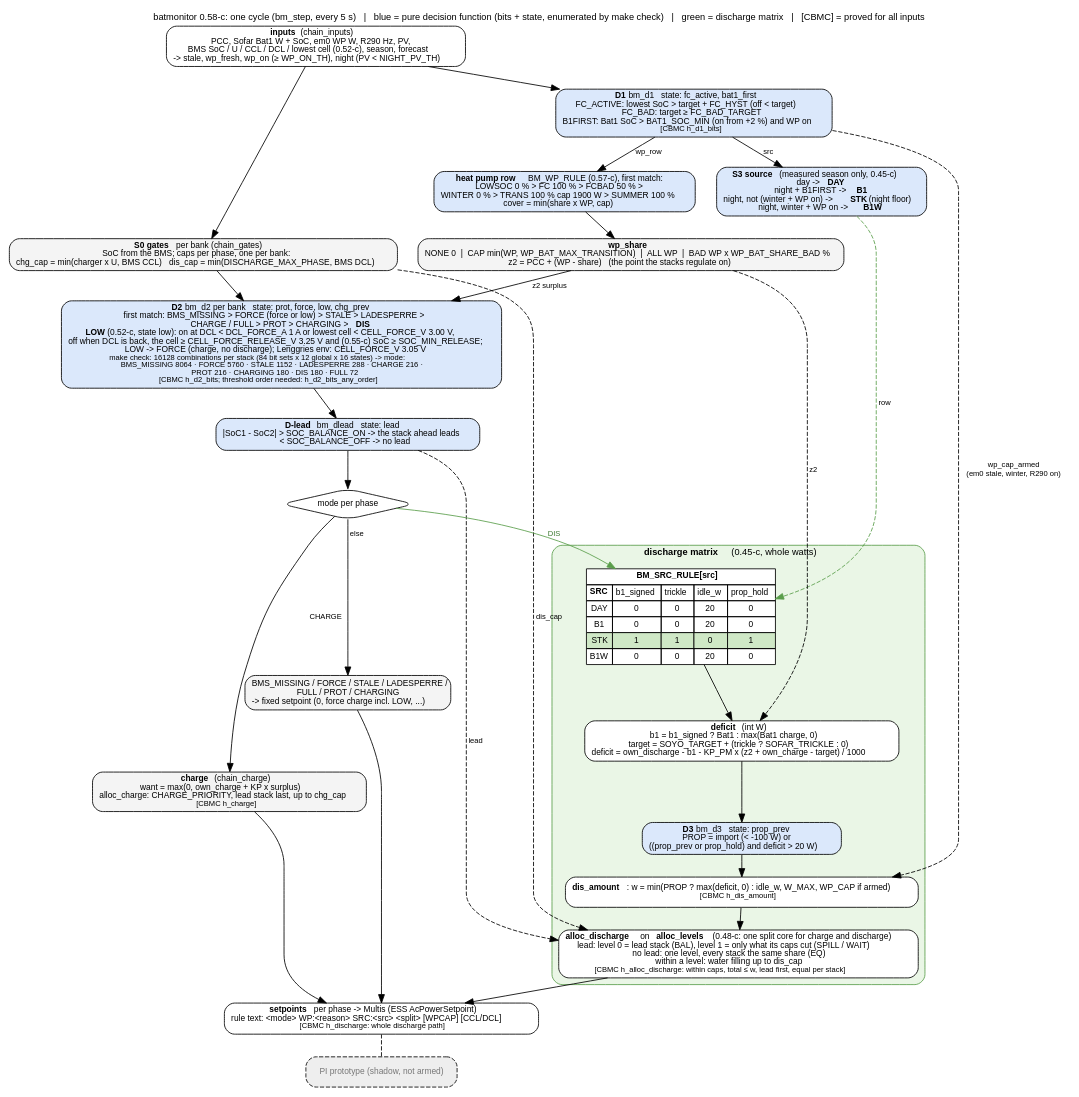
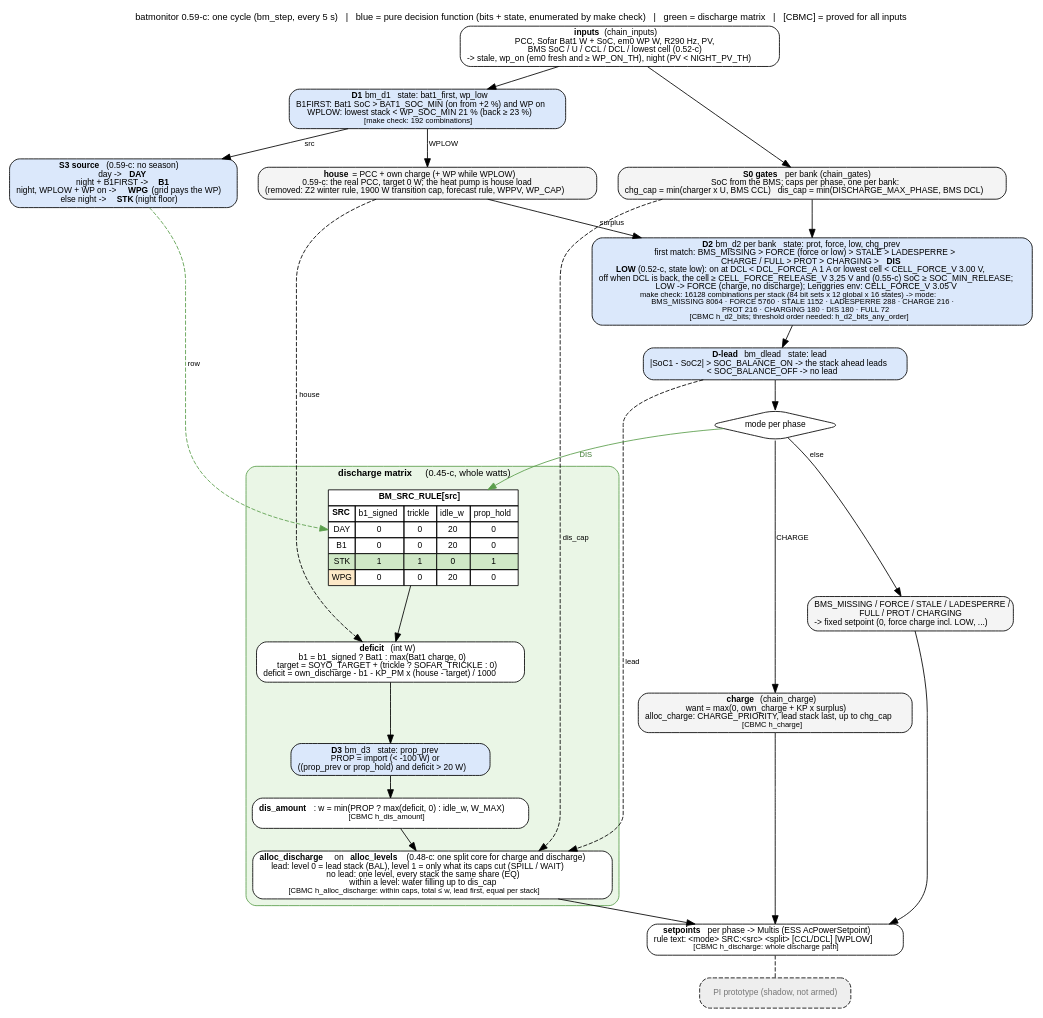
One commit to gerontec/victron changed the diagram in docs/discharge_flow.dot. Above: the diagram before and after it, drawn with Graphviz. The commit also changed 23 other files, not shown here.

First line of the commit message:
batmonitor 0.59-c: PCC near 0 in every season - removed the Z2 winter rule, the transition cap, the forecast rule with its bad-forecast cap, WPPV, WP_CAP and B1W; kept WP_SOC_MIN (21 %) as a discharge-only rule (WPLOW, SRC WPG at night)

```diff
--- a/docs/discharge_flow.dot
+++ b/docs/discharge_flow.dot
@@ -1,75 +1,71 @@
 // batmonitor 0.45-c: decision flow of one cycle (bm_step), the discharge matrix highlighted.
 // render: dot -Tpdf discharge_flow.dot -o discharge_flow.pdf   (or -Tpng)
 digraph batmonitor {
 	graph [rankdir=TB, fontname="Helvetica", fontsize=11, nodesep=0.35, ranksep=0.35, newrank=true,
-		   label="batmonitor 0.58-c: one cycle (bm_step, every 5 s)   |   blue = pure decision function (bits + state, enumerated by make check)   |   green = discharge matrix   |   [CBMC] = proved for all inputs",
+		   label="batmonitor 0.59-c: one cycle (bm_step, every 5 s)   |   blue = pure decision function (bits + state, enumerated by make check)   |   green = discharge matrix   |   [CBMC] = proved for all inputs",
 		   labelloc=t];
 	node [shape=box, style="rounded,filled", fillcolor="#f4f4f4", fontname="Helvetica", fontsize=10];
 	edge [fontname="Helvetica", fontsize=9];
 
-	in [label=<<b>inputs</b> (chain_inputs)<br/>PCC, Sofar Bat1 W + SoC, em0 WP W, R290 Hz, PV,<br/>BMS SoC / U / CCL / DCL / lowest cell (0.52-c), season, forecast<br/>-&gt; stale, wp_fresh, wp_on (&ge; WP_ON_TH), night (PV &lt; NIGHT_PV_TH)>, fillcolor="#ffffff"];
+	in [label=<<b>inputs</b> (chain_inputs)<br/>PCC, Sofar Bat1 W + SoC, em0 WP W, R290 Hz, PV,<br/>BMS SoC / U / CCL / DCL / lowest cell (0.52-c)<br/>-&gt; stale, wp_on (em0 fresh and &ge; WP_ON_TH), night (PV &lt; NIGHT_PV_TH)>, fillcolor="#ffffff"];
 
-	d1 [label=<<b>D1</b> bm_d1   state: fc_active, bat1_first<br/>FC_ACTIVE: lowest SoC &gt; target + FC_HYST (off &lt; target)<br/>FC_BAD: target &ge; FC_BAD_TARGET<br/>B1FIRST: Bat1 SoC &gt; BAT1_SOC_MIN (on from +2 %) and WP on<br/><font point-size="9">[CBMC h_d1_bits]</font>>, fillcolor="#dbe8fb"];
+	d1 [label=<<b>D1</b> bm_d1   state: bat1_first, wp_low<br/>B1FIRST: Bat1 SoC &gt; BAT1_SOC_MIN (on from +2 %) and WP on<br/>WPLOW: lowest stack &lt; WP_SOC_MIN 21 % (back &ge; 23 %)<br/><font point-size="9">[make check: 192 combinations]</font>>, fillcolor="#dbe8fb"];
 
-	src [label=<<b>S3 source</b> (measured season only, 0.45-c)<br/>day -&gt; <b>DAY</b><br/>night + B1FIRST -&gt; <b>B1</b><br/>night, not (winter + WP on) -&gt; <b>STK</b> (night floor)<br/>night, winter + WP on -&gt; <b>B1W</b>>, fillcolor="#dbe8fb"];
+	src [label=<<b>S3 source</b> (0.59-c: no season)<br/>day -&gt; <b>DAY</b><br/>night + B1FIRST -&gt; <b>B1</b><br/>night, WPLOW + WP on -&gt; <b>WPG</b> (grid pays the WP)<br/>else night -&gt; <b>STK</b> (night floor)>, fillcolor="#dbe8fb"];
 
-	wpk [label=<<b>heat pump row</b> BM_WP_RULE (0.57-c), first match:<br/>LOWSOC 0 % &gt; FC 100 % &gt; FCBAD 50 % &gt;<br/>WINTER 0 % &gt; TRANS 100 % cap 1900 W &gt; SUMMER 100 %<br/>cover = min(share x WP, cap)>, fillcolor="#dbe8fb"];
-
-	share [label=<<b>wp_share</b><br/>NONE 0  |  CAP min(WP, WP_BAT_MAX_TRANSITION)  |  ALL WP  |  BAD WP x WP_BAT_SHARE_BAD %<br/>z2 = PCC + (WP - share)   (the point the stacks regulate on)>];
+	share [label=<<b>house</b> = PCC + own charge (+ WP while WPLOW)<br/>0.59-c: the real PCC, target 0 W; the heat pump is house load<br/>(removed: Z2 winter rule, 1900 W transition cap, forecast rule, WPPV, WP_CAP)>];
 
 	gates [label=<<b>S0 gates</b> per bank (chain_gates)<br/>SoC from the BMS; caps per phase, one per bank:<br/>chg_cap = min(charger x U, BMS CCL)   dis_cap = min(DISCHARGE_MAX_PHASE, BMS DCL)>];
 
 	d2 [label=<<b>D2</b> bm_d2 per bank   state: prot, force, low, chg_prev<br/>first match: BMS_MISSING &gt; FORCE (force or low) &gt; STALE &gt; LADESPERRE &gt;<br/>CHARGE / FULL &gt; PROT &gt; CHARGING &gt; <b>DIS</b><br/><b>LOW</b> (0.52-c, state low): on at DCL &lt; DCL_FORCE_A 1 A or lowest cell &lt; CELL_FORCE_V 3.00 V,<br/>off when DCL is back, the cell &ge; CELL_FORCE_RELEASE_V 3.25 V and (0.55-c) SoC &ge; SOC_MIN_RELEASE;<br/>LOW -&gt; FORCE (charge, no discharge); Lenggries env: CELL_FORCE_V 3.05 V<br/><font point-size="9">make check: 16128 combinations per stack (84 bit sets x 12 global x 16 states) -&gt; mode:<br/>BMS_MISSING 8064 · FORCE 5760 · STALE 1152 · LADESPERRE 288 · CHARGE 216 ·<br/>PROT 216 · CHARGING 180 · DIS 180 · FULL 72</font><br/><font point-size="9">[CBMC h_d2_bits; threshold order needed: h_d2_bits_any_order]</font>>, fillcolor="#dbe8fb"];
 
 	lead [label=<<b>D-lead</b> bm_dlead   state: lead<br/>|SoC1 - SoC2| &gt; SOC_BALANCE_ON -&gt; the stack ahead leads<br/>&lt; SOC_BALANCE_OFF -&gt; no lead>, fillcolor="#dbe8fb"];
 
 	modesplit [label="mode per phase", shape=diamond, fillcolor="#ffffff"];
 	other [label=<BMS_MISSING / FORCE / STALE / LADESPERRE /<br/>FULL / PROT / CHARGING<br/>-&gt; fixed setpoint (0, force charge incl. LOW, ...)>];
 
 	subgraph cluster_dis {
 		label=<<b>discharge matrix</b> (0.45-c, whole watts)>; style="rounded,filled"; fillcolor="#eaf6e6"; color="#5a9e4b"; fontsize=11;
 		rule [shape=plain, fillcolor="#ffffff", label=<
 			<table border="0" cellborder="1" cellspacing="0" cellpadding="3" bgcolor="#ffffff">
 			<tr><td colspan="5"><b>BM_SRC_RULE[src]</b></td></tr>
 			<tr><td><b>SRC</b></td><td>b1_signed</td><td>trickle</td><td>idle_w</td><td>prop_hold</td></tr>
 			<tr><td>DAY</td><td>0</td><td>0</td><td>20</td><td>0</td></tr>
 			<tr><td>B1</td><td>0</td><td>0</td><td>20</td><td>0</td></tr>
 			<tr><td bgcolor="#cfe8c6">STK</td><td bgcolor="#cfe8c6">1</td><td bgcolor="#cfe8c6">1</td><td bgcolor="#cfe8c6">0</td><td bgcolor="#cfe8c6">1</td></tr>
-			<tr><td>B1W</td><td>0</td><td>0</td><td>20</td><td>0</td></tr>
+			<tr><td bgcolor="#fde9c8">WPG</td><td>0</td><td>0</td><td>20</td><td>0</td></tr>
 			</table>>];
-		deficit [label=<<b>deficit</b> (int W)<br/>b1 = b1_signed ? Bat1 : max(Bat1 charge, 0)<br/>target = SOYO_TARGET + (trickle ? SOFAR_TRICKLE : 0)<br/>deficit = own_discharge - b1 - KP_PM x (z2 + own_charge - target) / 1000>, fillcolor="#ffffff"];
+		deficit [label=<<b>deficit</b> (int W)<br/>b1 = b1_signed ? Bat1 : max(Bat1 charge, 0)<br/>target = SOYO_TARGET + (trickle ? SOFAR_TRICKLE : 0)<br/>deficit = own_discharge - b1 - KP_PM x (house - target) / 1000>, fillcolor="#ffffff"];
 		d3 [label=<<b>D3</b> bm_d3   state: prop_prev<br/>PROP = import (&lt; -100 W) or<br/>((prop_prev or prop_hold) and deficit &gt; 20 W)>, fillcolor="#dbe8fb"];
-		amount [label=<<b>dis_amount</b>: w = min(PROP ? max(deficit, 0) : idle_w, W_MAX, WP_CAP if armed)<br/><font point-size="9">[CBMC h_dis_amount]</font>>, fillcolor="#ffffff"];
+		amount [label=<<b>dis_amount</b>: w = min(PROP ? max(deficit, 0) : idle_w, W_MAX)<br/><font point-size="9">[CBMC h_dis_amount]</font>>, fillcolor="#ffffff"];
 		alloc [label=<<b>alloc_discharge</b> on <b>alloc_levels</b> (0.48-c: one split core for charge and discharge)<br/>lead: level 0 = lead stack (BAL), level 1 = only what its caps cut (SPILL / WAIT)<br/>no lead: one level, every stack the same share (EQ)<br/>within a level: water filling up to dis_cap<br/><font point-size="9">[CBMC h_alloc_discharge: within caps, total &le; w, lead first, equal per stack]</font>>, fillcolor="#ffffff"];
 		rule -> deficit -> d3 -> amount -> alloc;
 	}
 
 	chg [label=<<b>charge</b> (chain_charge)<br/>want = max(0, own_charge + KP x surplus)<br/>alloc_charge: CHARGE_PRIORITY, lead stack last, up to chg_cap<br/><font point-size="9">[CBMC h_charge]</font>>];
 
-	out [label=<<b>setpoints</b> per phase -&gt; Multis (ESS AcPowerSetpoint)<br/>rule text: &lt;mode&gt; WP:&lt;reason&gt; SRC:&lt;src&gt; &lt;split&gt; [WPCAP] [CCL/DCL]<br/><font point-size="9">[CBMC h_discharge: whole discharge path]</font>>, fillcolor="#ffffff"];
+	out [label=<<b>setpoints</b> per phase -&gt; Multis (ESS AcPowerSetpoint)<br/>rule text: &lt;mode&gt; SRC:&lt;src&gt; &lt;split&gt; [CCL/DCL] [WPLOW]<br/><font point-size="9">[CBMC h_discharge: whole discharge path]</font>>, fillcolor="#ffffff"];
 	pi [label="PI prototype (shadow, not armed)", fillcolor="#eeeeee", fontcolor="#777777", style="rounded,filled,dashed"];
 
 	in -> d1;
 	d1 -> src [label=" src"];
-	d1 -> wpk [label=" wp_row"];
-	wpk -> share;
+	d1 -> share [label=" WPLOW"];
 	in -> gates;
-	share -> d2 [label=" z2 surplus"];
+	share -> d2 [label=" surplus"];
 	gates -> d2;
 	d2 -> lead;
 	lead -> modesplit;
 	modesplit -> rule [label=" DIS", color="#5a9e4b", fontcolor="#3c7a30"];
 	modesplit -> chg [label=" CHARGE"];
 	modesplit -> other [label=" else"];
 	src -> rule [color="#5a9e4b", style=dashed, label=" row"];
-	share -> deficit [style=dashed, label=" z2"];
-	d1 -> amount [style=dashed, label=" wp_cap_armed\n(em0 stale, winter, R290 on)"];
+	share -> deficit [style=dashed, label=" house"];
 	gates -> alloc [style=dashed, label=" dis_cap"];
 	lead -> alloc [style=dashed, label=" lead"];
 	alloc -> out;
 	chg -> out;
 	other -> out;
 	out -> pi [style=dashed, arrowhead=none];
 
-	{rank=same; src; wpk;}
+	{rank=same; src; share;}
 }
```
